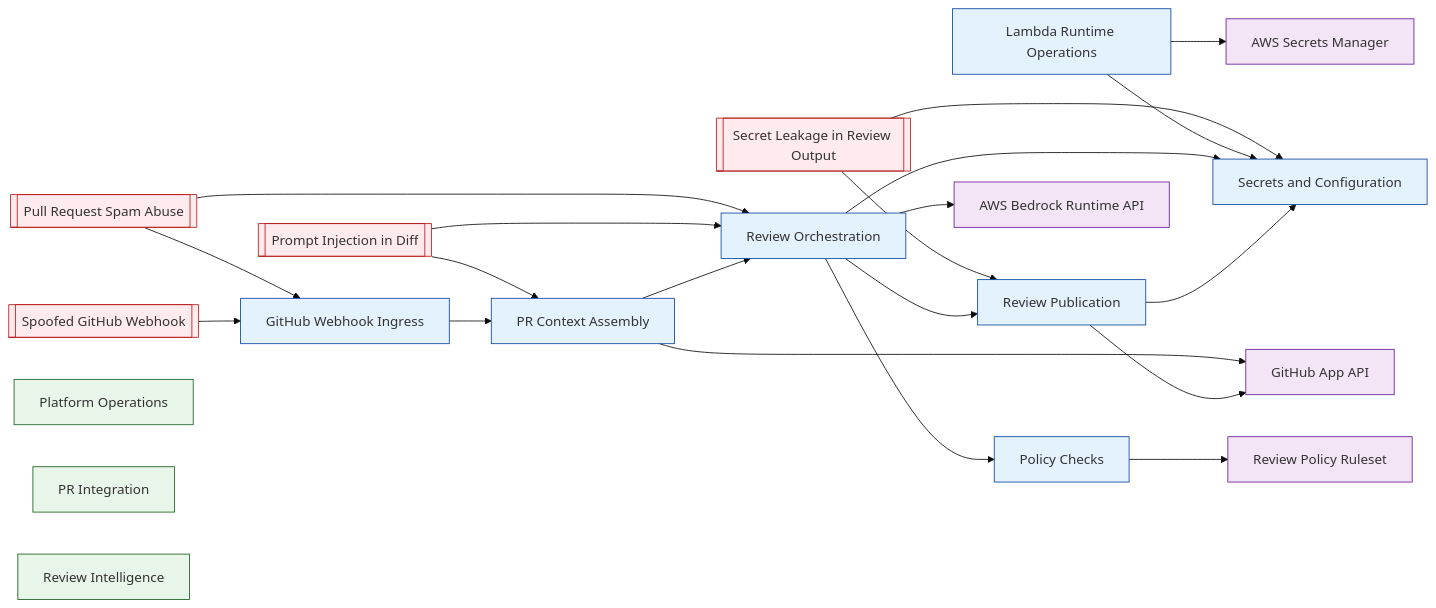
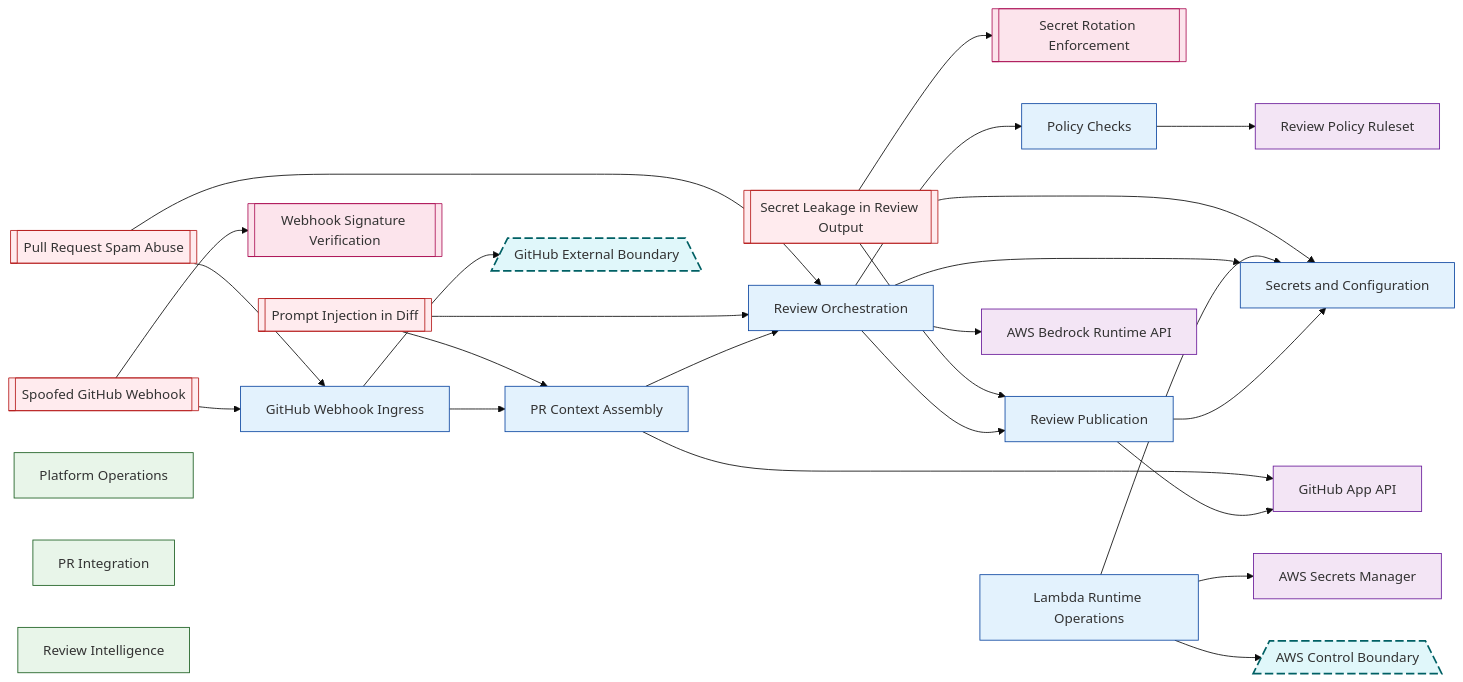
One commit to labeth/engineering-model-go changed the diagram in examples/bedrock-pr-review-github-app-sample/generated/VIEW-SECURITY.mmd. Above: the diagram before and after it, drawn with Mermaid (base theme). The commit also changed 66 other files, not shown here.

```diff
--- a/examples/bedrock-pr-review-github-app-sample/generated/VIEW-SECURITY.mmd
+++ b/examples/bedrock-pr-review-github-app-sample/generated/VIEW-SECURITY.mmd
@@ -1,54 +1,62 @@
 flowchart LR
 %% view: VIEW-SECURITY (security)
 N_AV_PR_SPAM_ABUSE[["Pull Request Spam Abuse"]]:::attack_vector
 N_AV_PROMPT_INJECTION_IN_DIFF[["Prompt Injection in Diff"]]:::attack_vector
 N_AV_SECRET_LEAKAGE_IN_REVIEW[["Secret Leakage in Review Output"]]:::attack_vector
 N_AV_SPOOFED_GITHUB_WEBHOOK[["Spoofed GitHub Webhook"]]:::attack_vector
+N_CTRL_BEDROCK_SECRETS_ROTATION[["Secret Rotation Enforcement"]]:::control
+N_CTRL_BEDROCK_WEBHOOK_SIGNATURE[["Webhook Signature Verification"]]:::control
 N_FG_PLATFORM_OPERATIONS["Platform Operations"]:::functional_group
 N_FG_PR_INTEGRATION["PR Integration"]:::functional_group
 N_FG_REVIEW_INTELLIGENCE["Review Intelligence"]:::functional_group
 N_FU_GITHUB_WEBHOOK_INGRESS["GitHub Webhook Ingress"]:::functional_unit
 N_FU_LAMBDA_RUNTIME_OPERATIONS["Lambda Runtime Operations"]:::functional_unit
 N_FU_POLICY_CHECKS["Policy Checks"]:::functional_unit
 N_FU_PR_CONTEXT_ASSEMBLY["PR Context Assembly"]:::functional_unit
 N_FU_REVIEW_ORCHESTRATION["Review Orchestration"]:::functional_unit
 N_FU_REVIEW_PUBLICATION["Review Publication"]:::functional_unit
 N_FU_SECRETS_CONFIGURATION["Secrets and Configuration"]:::functional_unit
 N_REF_AWS_BEDROCK_RUNTIME["AWS Bedrock Runtime API"]:::referenced_element
 N_REF_AWS_SECRETS_MANAGER["AWS Secrets Manager"]:::referenced_element
 N_REF_GITHUB_APP_API["GitHub App API"]:::referenced_element
 N_REF_POLICY_RULESET["Review Policy Ruleset"]:::referenced_element
+N_TB_BEDROCK_AWS_CONTROL[/"AWS Control Boundary"\]:::trust_boundary
+N_TB_BEDROCK_GITHUB_EXTERNAL[/"GitHub External Boundary"\]:::trust_boundary
 N_AV_PR_SPAM_ABUSE --> N_FU_GITHUB_WEBHOOK_INGRESS
 N_AV_PR_SPAM_ABUSE --> N_FU_REVIEW_ORCHESTRATION
 N_AV_PROMPT_INJECTION_IN_DIFF --> N_FU_PR_CONTEXT_ASSEMBLY
 N_AV_PROMPT_INJECTION_IN_DIFF --> N_FU_REVIEW_ORCHESTRATION
+N_AV_SECRET_LEAKAGE_IN_REVIEW --> N_CTRL_BEDROCK_SECRETS_ROTATION
 N_AV_SECRET_LEAKAGE_IN_REVIEW --> N_FU_REVIEW_PUBLICATION
 N_AV_SECRET_LEAKAGE_IN_REVIEW --> N_FU_SECRETS_CONFIGURATION
+N_AV_SPOOFED_GITHUB_WEBHOOK --> N_CTRL_BEDROCK_WEBHOOK_SIGNATURE
 N_AV_SPOOFED_GITHUB_WEBHOOK --> N_FU_GITHUB_WEBHOOK_INGRESS
 N_FU_GITHUB_WEBHOOK_INGRESS --> N_FU_PR_CONTEXT_ASSEMBLY
+N_FU_GITHUB_WEBHOOK_INGRESS --> N_TB_BEDROCK_GITHUB_EXTERNAL
 N_FU_LAMBDA_RUNTIME_OPERATIONS --> N_FU_SECRETS_CONFIGURATION
 N_FU_LAMBDA_RUNTIME_OPERATIONS --> N_REF_AWS_SECRETS_MANAGER
+N_FU_LAMBDA_RUNTIME_OPERATIONS --> N_TB_BEDROCK_AWS_CONTROL
 N_FU_POLICY_CHECKS --> N_REF_POLICY_RULESET
 N_FU_PR_CONTEXT_ASSEMBLY --> N_FU_REVIEW_ORCHESTRATION
 N_FU_PR_CONTEXT_ASSEMBLY --> N_REF_GITHUB_APP_API
 N_FU_REVIEW_ORCHESTRATION --> N_FU_POLICY_CHECKS
 N_FU_REVIEW_ORCHESTRATION --> N_FU_REVIEW_PUBLICATION
 N_FU_REVIEW_ORCHESTRATION --> N_FU_SECRETS_CONFIGURATION
 N_FU_REVIEW_ORCHESTRATION --> N_REF_AWS_BEDROCK_RUNTIME
 N_FU_REVIEW_PUBLICATION --> N_FU_SECRETS_CONFIGURATION
 N_FU_REVIEW_PUBLICATION --> N_REF_GITHUB_APP_API
 classDef functional_group fill:#e8f5e9,stroke:#1b5e20,stroke-width:1px;
 classDef functional_unit fill:#e3f2fd,stroke:#0d47a1,stroke-width:1px;
 classDef actor fill:#fff8e1,stroke:#ef6c00,stroke-width:1px;
 classDef attack_vector fill:#ffebee,stroke:#b71c1c,stroke-width:1px;
 classDef referenced_element fill:#f3e5f5,stroke:#6a1b9a,stroke-width:1px;
-classDef interface fill:#e8f5e9,stroke:#2e7d32,stroke-width:1px;
-classDef data_object fill:#fff3e0,stroke:#ef6c00,stroke-width:1px;
+classDef interface fill:#e8f5e9,stroke:#2e7d32,stroke-width:2px,stroke-dasharray: 6 3;
+classDef data_object fill:#fff3e0,stroke:#ef6c00,stroke-width:2px,stroke-dasharray: 2 2;
 classDef deployment_target fill:#ede7f6,stroke:#5e35b1,stroke-width:1px;
 classDef control fill:#fce4ec,stroke:#ad1457,stroke-width:1px;
-classDef trust_boundary fill:#e0f7fa,stroke:#006064,stroke-width:1px;
+classDef trust_boundary fill:#e0f7fa,stroke:#006064,stroke-width:2px,stroke-dasharray: 10 4;
 classDef state fill:#e1f5fe,stroke:#0277bd,stroke-width:1px;
 classDef event fill:#fffde7,stroke:#f9a825,stroke-width:1px;
-classDef flow fill:#ede7f6,stroke:#4527a0,stroke-width:1px;
-classDef flow_step fill:#f1f8e9,stroke:#33691e,stroke-width:1px;
+classDef flow fill:#ede7f6,stroke:#4527a0,stroke-width:2px;
+classDef flow_step fill:#f1f8e9,stroke:#33691e,stroke-width:2px;
 classDef unknown fill:#ffffff,stroke:#adb5bd,stroke-width:1px;
```
